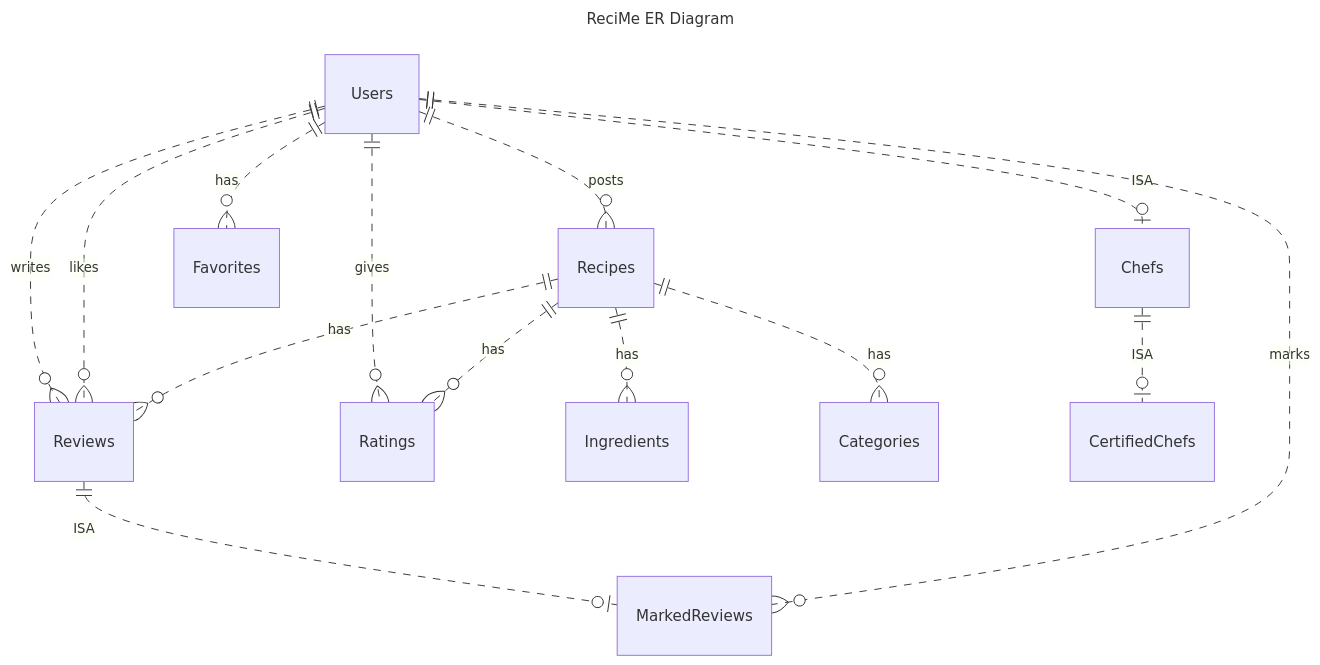
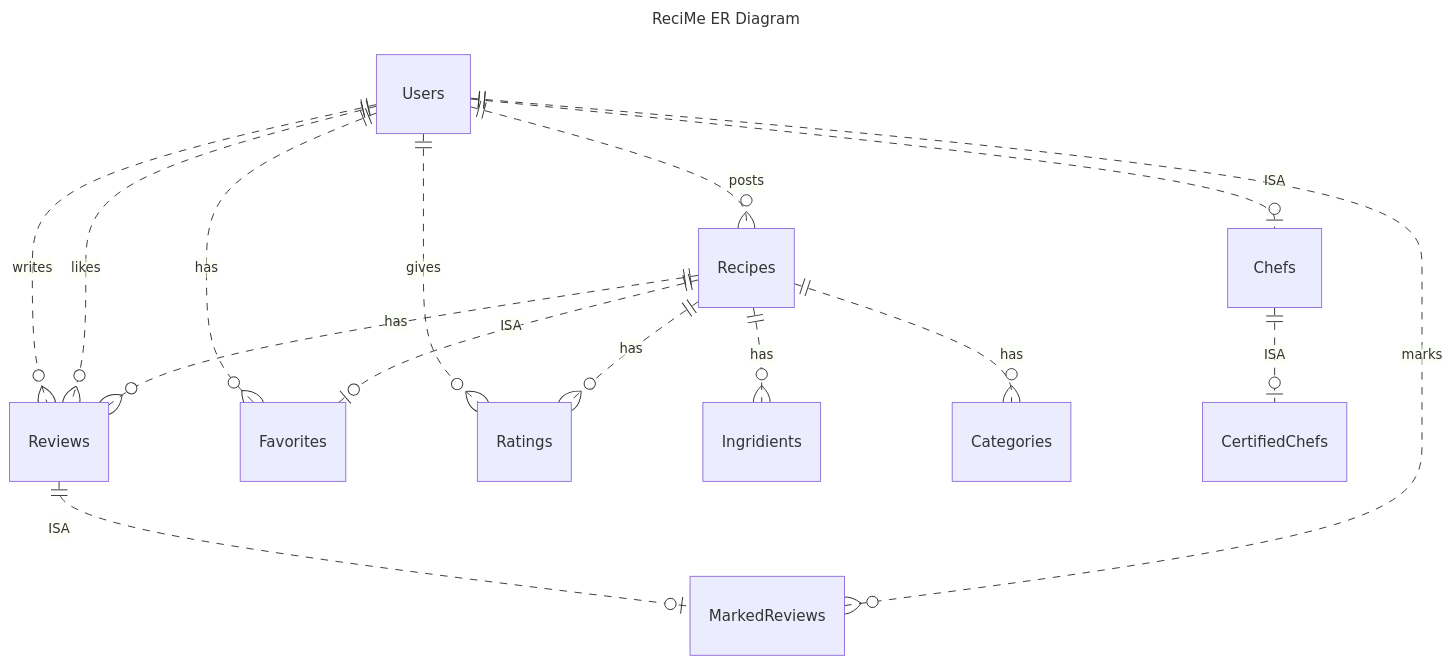
Before and after one commit to RECI-ME/reciMe: the diagram in misc/er_diagram.mermaid, drawn with Mermaid.

```diff
--- a/misc/er_diagram.mermaid
+++ b/misc/er_diagram.mermaid
@@ -1,17 +1,18 @@
 ---
 title: ReciMe ER Diagram
 ---
 erDiagram
-    Users ||..o| Chefs : ISA
-    Users ||..o{ Recipes : posts
-    Users ||..o{ Reviews : writes
-    Users ||..o{ Reviews : likes
-    Users ||..o{ Favorites : has
+    Users ||..o| Chefs :ISA
+    Users ||..o{ Recipes :posts
+    Users ||..o{ Reviews :writes
+    Users ||..o{ Reviews :likes
+    Users ||..o{ Favorites :has
     Users ||..o{ Ratings : gives
-    Recipes ||..o{ Reviews : has
-    Recipes ||..o{ Ratings : has
-    Recipes ||..o{ Ingredients : has
-    Recipes ||..o{ Categories : has
-    Reviews ||..o| MarkedReviews : ISA
-    Users ||..o{ MarkedReviews : marks
-    Chefs ||..o| CertifiedChefs : ISA
+    Recipes ||..o| Favorites :ISA
+    Recipes ||..o{ Reviews :has
+    Recipes ||..o{ Ratings :has
+    Recipes||..o{ Ingridients :has
+    Recipes ||..o{ Categories :has
+    Reviews ||..o| MarkedReviews :ISA
+    Users ||..o{ MarkedReviews :marks
+    Chefs ||..o| CertifiedChefs :ISA   
```
